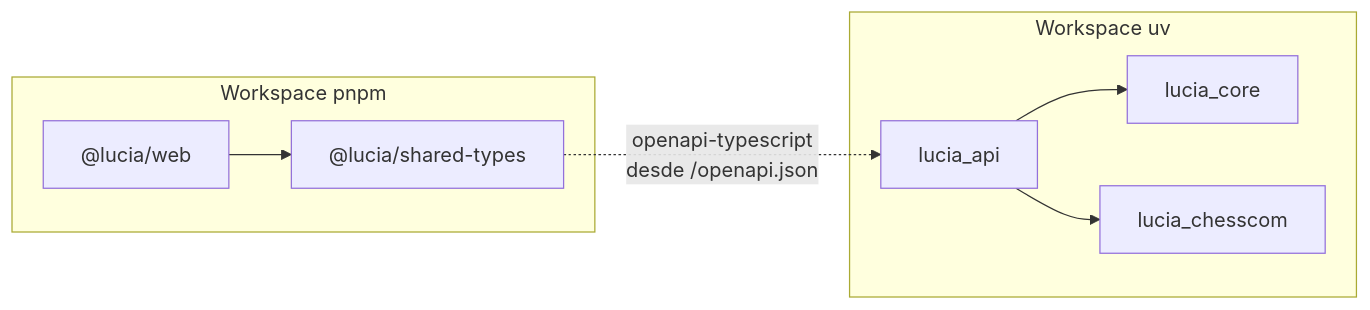
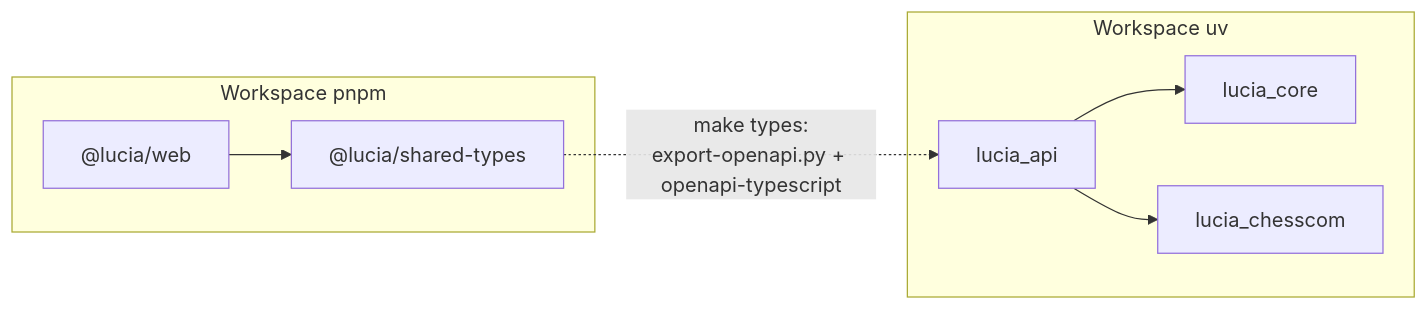
The second of 4 diagrams in docs/06-mapa-del-proyecto.md (SirJsus/LUCIA), drawn with Mermaid before and after one commit. The commit also changed other lines of this file and 79 other files, not shown here.

````diff
--- a/docs/06-mapa-del-proyecto.md
+++ b/docs/06-mapa-del-proyecto.md
@@ -65,18 +65,18 @@
 ```mermaid
 graph LR
     subgraph JS["Workspace pnpm"]
         web["@lucia/web"]
         types["@lucia/shared-types"]
     end
 
     subgraph PY["Workspace uv"]
         api["lucia_api"]
         core["lucia_core"]
         chesscom["lucia_chesscom"]
     end
 
     web --> types
     api --> core
     api --> chesscom
-    types -. "openapi-typescript<br/>desde /openapi.json" .-> api
+    types -. "make types:<br/>export-openapi.py + openapi-typescript" .-> api
 ```
````
